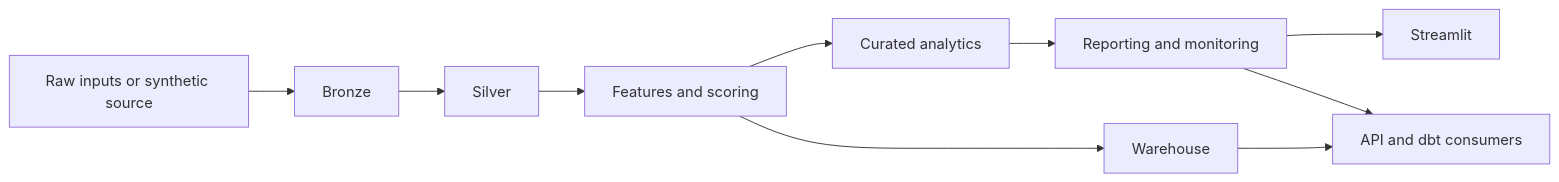
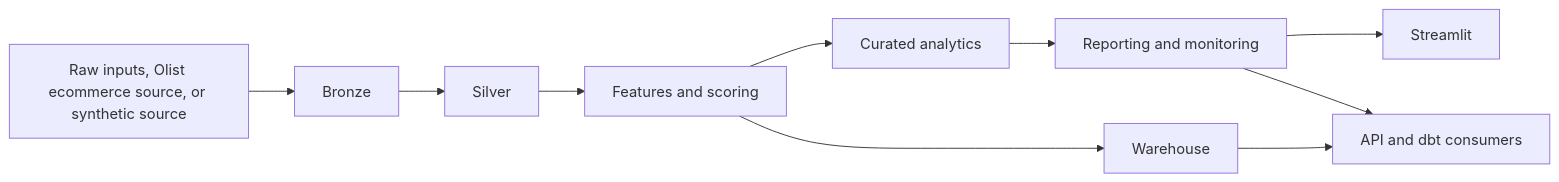
Before and after one commit to samuelmaia-analytics/Revenue-Intelligence-Platform-End-to-End-Analytics-ML-System: the diagram in README.md, drawn with Mermaid. The commit also changed other lines of this file and 4 other files, not shown here.

Commit message:
Support Olist raw ecommerce dataset

````diff
--- a/README.md
+++ b/README.md
@@ -112,12 +118,12 @@
 ```mermaid
 flowchart LR
-    A[Raw inputs or synthetic source] --> B[Bronze]
+    A[Raw inputs, Olist ecommerce source, or synthetic source] --> B[Bronze]
     B --> C[Silver]
     C --> D[Features and scoring]
     D --> E[Curated analytics]
     E --> F[Reporting and monitoring]
     D --> G[Warehouse]
     F --> H[Streamlit]
     F --> I[API and dbt consumers]
     G --> I
 ```
````
